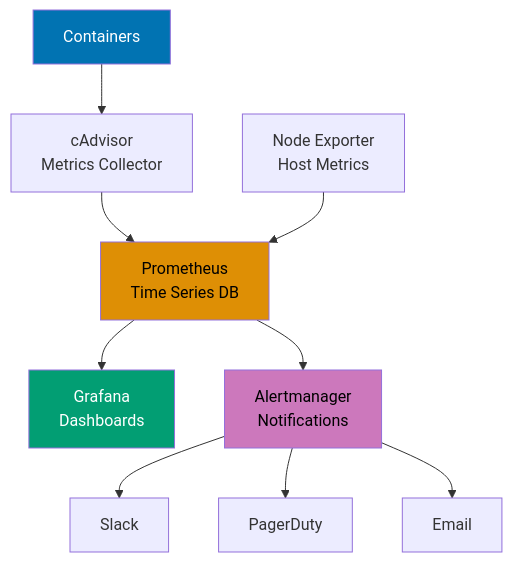
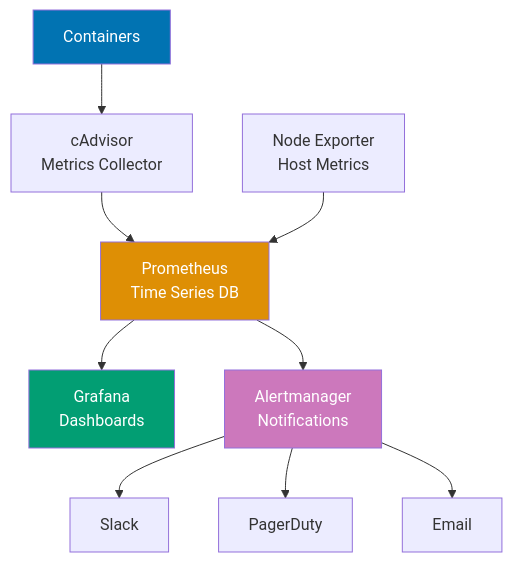
Before and after one commit to wahidyankf/open-sharia-enterprise: diagram 12 of 12 in apps/ayokoding-web/content/en/learn/software-engineering/infrastructure/tools/docker/by-example/advanced.md, drawn with Mermaid. The commit also changed other lines of this file and 61 other files, not shown here.

First line of the commit message:
fix(ayokoding-web): quote Mermaid node labels with special characters in Example 63

````diff
--- a/apps/ayokoding-web/content/en/learn/software-engineering/infrastructure/tools/docker/by-example/advanced.md
+++ b/apps/ayokoding-web/content/en/learn/software-engineering/infrastructure/tools/docker/by-example/advanced.md
@@ -3726,18 +3726,18 @@
 ```mermaid
 graph TD
     A["Containers"] --> B["cAdvisor<br/>Metrics Collector"]
     B --> C["Prometheus<br/>Time Series DB"]
     C --> D["Grafana<br/>Dashboards"]
     C --> E["Alertmanager<br/>Notifications"]
 
     F["Node Exporter<br/>Host Metrics"] --> C
 
     E --> G["Slack"]
     E --> H["PagerDuty"]
     E --> I["Email"]
 
     style A fill:#0173B2,color:#fff
-    style C fill:#DE8F05,color:#000
+    style C fill:#DE8F05,color:#fff
     style D fill:#029E73,color:#fff
-    style E fill:#CC78BC,color:#000
+    style E fill:#CC78BC,color:#fff
 ```
````
